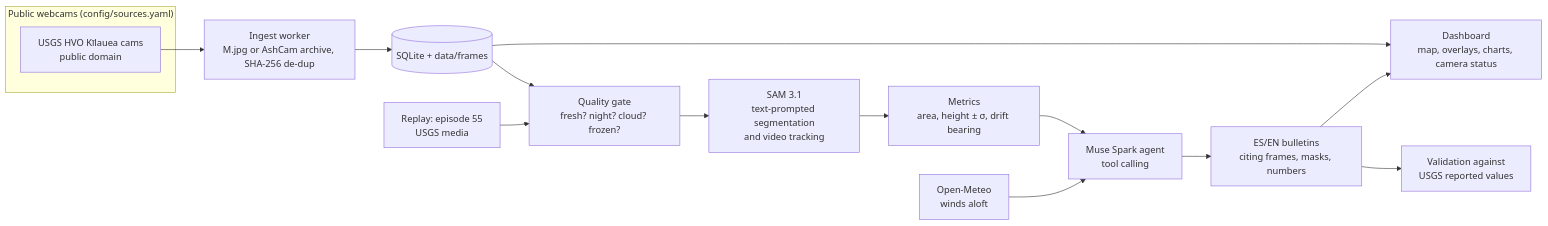
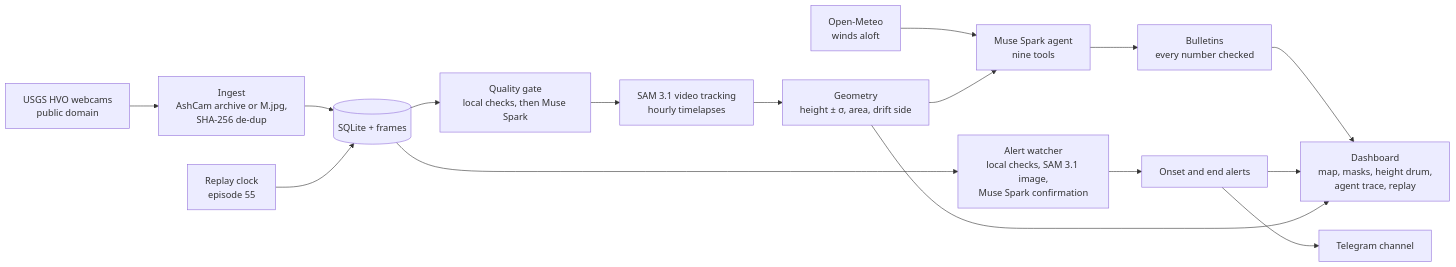
One commit to facurie/Volcano_Vigil changed the diagram in README.md. Above: the diagram before and after it, drawn with Mermaid. The commit also changed other lines of this file and 2 other files, not shown here.

Commit message:
Finish the README with the live links, results, Meta model use, diagram, how to run, credits and cost, and list the calibration references

````diff
--- a/README.md
+++ b/README.md
@@ -23,18 +46,18 @@
 ```mermaid
 flowchart LR
-    subgraph sources["Public webcams (config/sources.yaml)"]
-        usgs["USGS HVO Kīlauea cams<br/>public domain"]
-    end
-    usgs --> ingest["Ingest worker<br/>M.jpg or AshCam archive, SHA-256 de-dup"]
-    ingest --> store[("SQLite + data/frames")]
-    replay["Replay: episode 55<br/>USGS media"] --> quality
-    store --> quality["Quality gate<br/>fresh? night? cloud? frozen?"]
-    quality --> sam["SAM 3.1<br/>text-prompted segmentation<br/>and video tracking"]
-    sam --> metrics["Metrics<br/>area, height ± σ, drift bearing"]
+    cams["USGS HVO webcams<br/>public domain"] --> ingest["Ingest<br/>AshCam archive or M.jpg,<br/>SHA-256 de-dup"]
+    ingest --> store[("SQLite + frames")]
+    replay["Replay clock<br/>episode 55"] --> store
+    store --> gate["Quality gate<br/>local checks, then Muse Spark"]
+    gate --> sam["SAM 3.1 video tracking<br/>hourly timelapses"]
+    sam --> metrics["Geometry<br/>height ± σ, area, drift side"]
     wind["Open-Meteo<br/>winds aloft"] --> agent
-    metrics --> agent["Muse Spark agent<br/>tool calling"]
-    agent --> bulletins["ES/EN bulletins<br/>citing frames, masks, numbers"]
-    bulletins --> dashboard["Dashboard<br/>map, overlays, charts, camera status"]
-    store --> dashboard
-    bulletins --> validation["Validation against<br/>USGS reported values"]
+    metrics --> agent["Muse Spark agent<br/>nine tools"]
+    agent --> bulletins["Bulletins<br/>every number checked"]
+    store --> watcher["Alert watcher<br/>local checks, SAM 3.1 image,<br/>Muse Spark confirmation"]
+    watcher --> alerts["Onset and end alerts"]
+    alerts --> telegram["Telegram channel"]
+    bulletins --> dashboard["Dashboard<br/>map, masks, height drum,<br/>agent trace, replay"]
+    alerts --> dashboard
+    metrics --> dashboard
 ```
````
